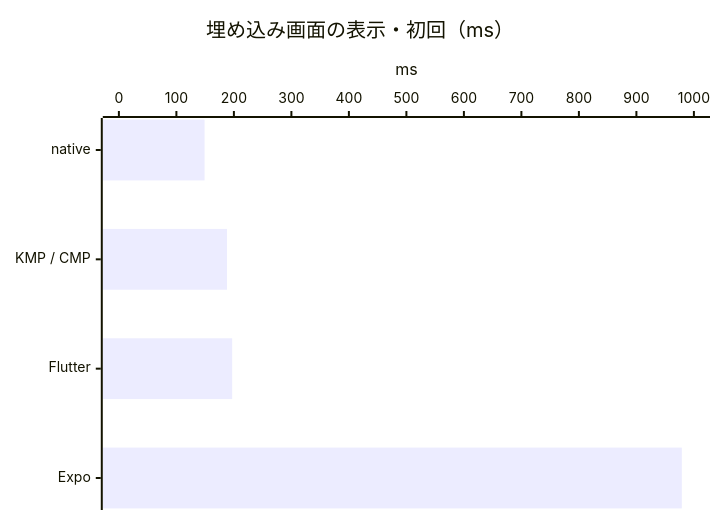
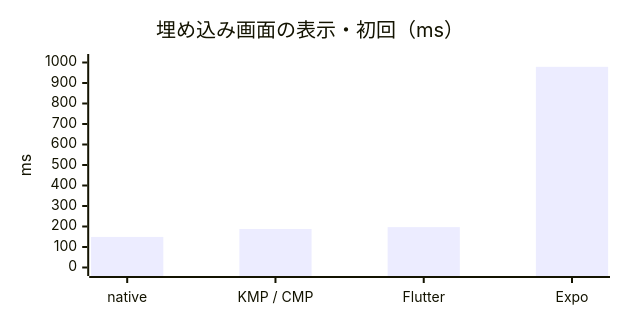
Before and after one commit to mitsuharu/benchmark-mobile-app-framework-embedding: the second of 12 diagrams in README.md, drawn with Mermaid. The commit also changed other lines of this file and 1 other file, not shown here.

First line of the commit message:
Draw the README charts with vertical bars in a short frame

````diff
--- a/README.md
+++ b/README.md
@@ -122,7 +128,13 @@
 ```mermaid
-xychart-beta horizontal
+---
+config:
+  xyChart:
+    width: 600
+    height: 300
+---
+xychart-beta
   title "埋め込み画面の表示・初回（ms）"
   x-axis ["native", "KMP / CMP", "Flutter", "Expo"]
   y-axis "ms" 0 --> 1000
   bar [149, 188, 197, 979]
 ```
````
